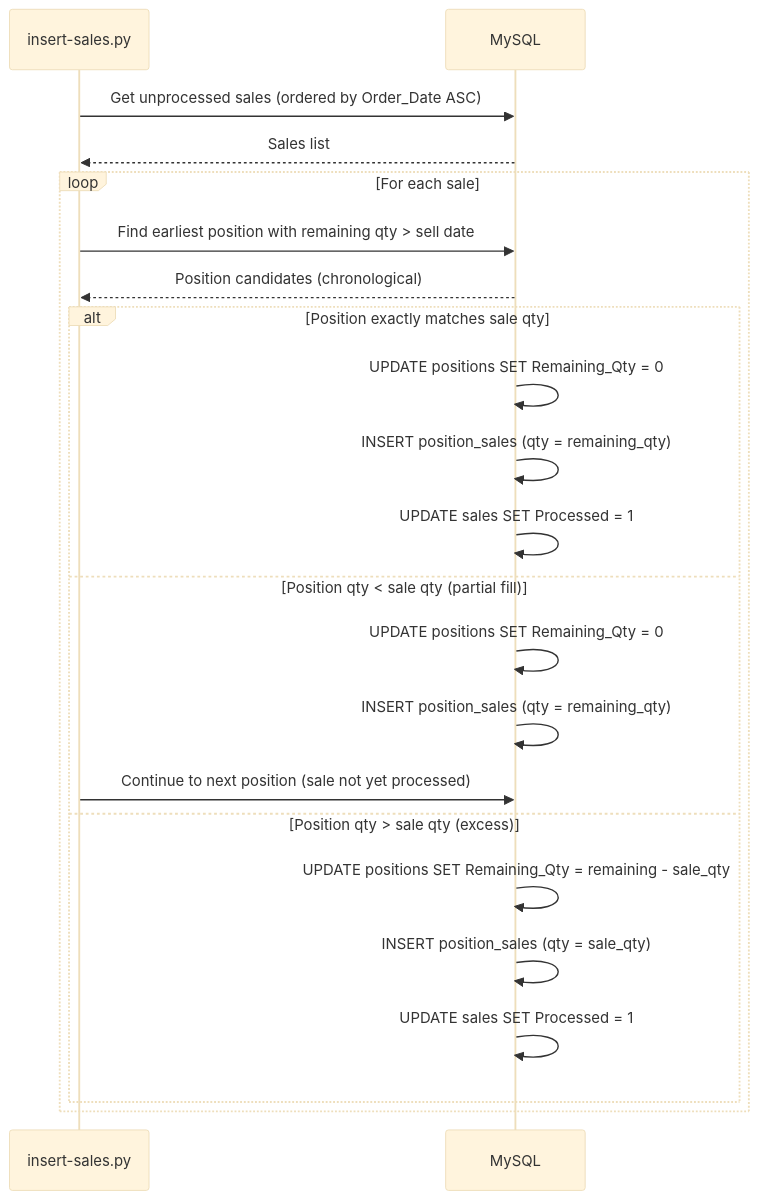
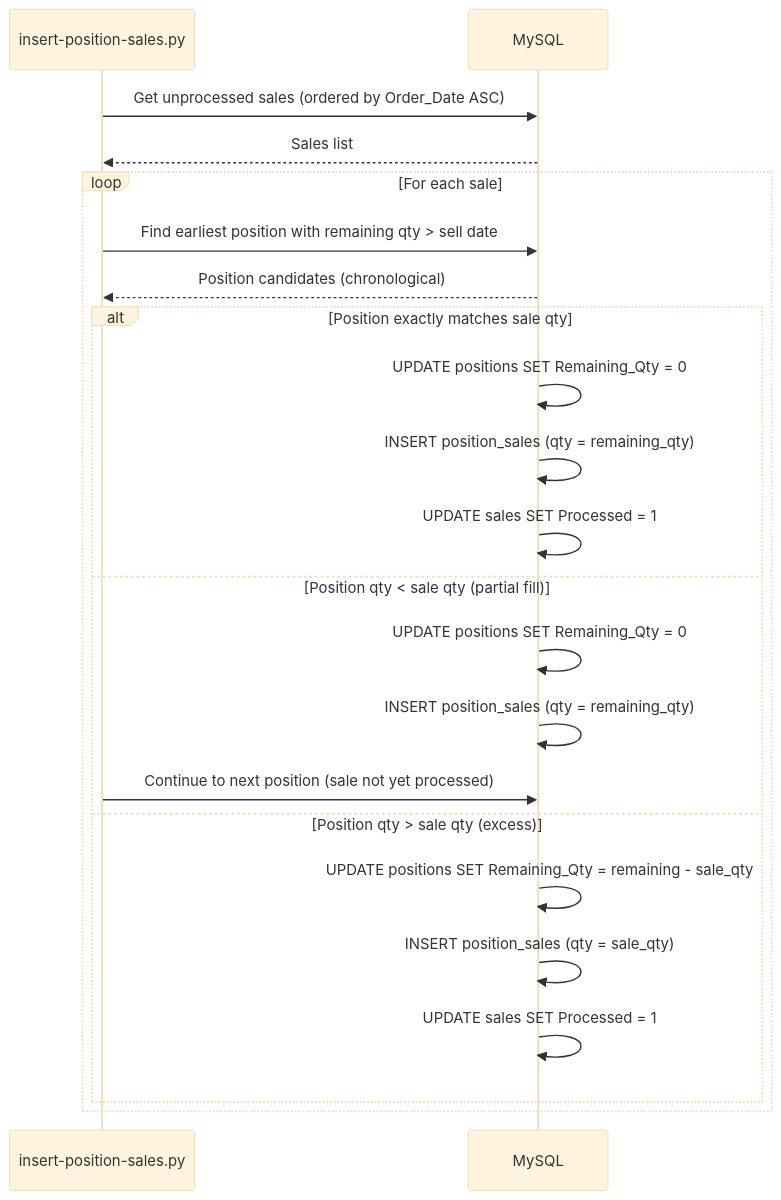
Before and after one commit to jisleyjr/crypto-tracker: the second of 2 diagrams in SEQUENCE_DIAGRAM.md, drawn with Mermaid (base theme). The commit also changed other lines of this file, not shown here.

Commit message:
Update to sequence

````diff
--- a/SEQUENCE_DIAGRAM.md
+++ b/SEQUENCE_DIAGRAM.md
@@ -95,27 +95,27 @@
 ```mermaid
 sequenceDiagram
-    participant Sales as insert-sales.py
+    participant Sales as insert-position-sales.py
     participant DB as MySQL
 
     Sales->>DB: Get unprocessed sales (ordered by Order_Date ASC)
     DB-->>Sales: Sales list
     
     loop For each sale
         Sales->>DB: Find earliest position with remaining qty > sell date
         DB-->>Sales: Position candidates (chronological)
 
         alt Position exactly matches sale qty
             DB->>DB: UPDATE positions SET Remaining_Qty = 0
             DB->>DB: INSERT position_sales (qty = remaining_qty)
             DB->>DB: UPDATE sales SET Processed = 1
         else Position qty < sale qty (partial fill)
             DB->>DB: UPDATE positions SET Remaining_Qty = 0
             DB->>DB: INSERT position_sales (qty = remaining_qty)
             Sales->>DB: Continue to next position (sale not yet processed)
         else Position qty > sale qty (excess)
             DB->>DB: UPDATE positions SET Remaining_Qty = remaining - sale_qty
             DB->>DB: INSERT position_sales (qty = sale_qty)
             DB->>DB: UPDATE sales SET Processed = 1
         end
     end
 ```
````
